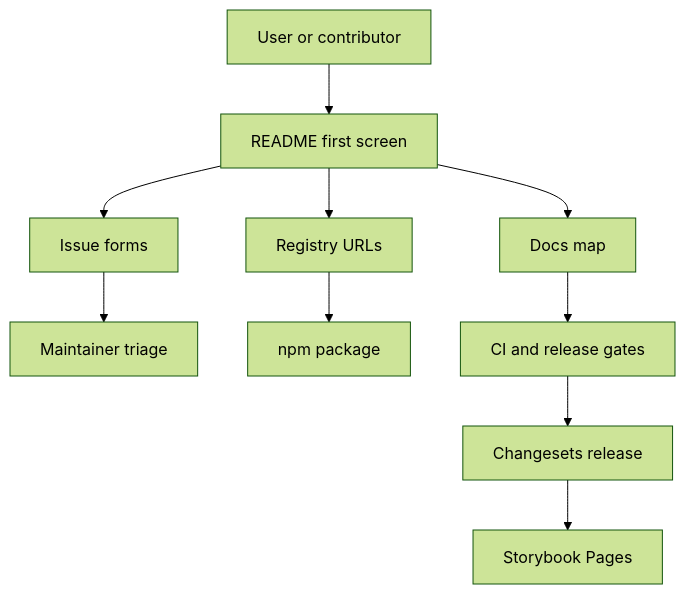
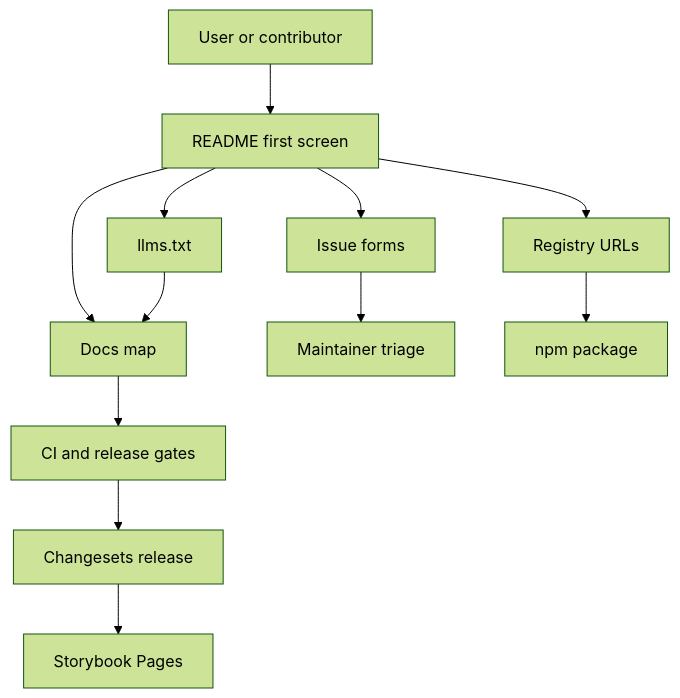
Before and after one commit to clean99/liquid-glass: the first of 2 diagrams in docs/open-source-governance.md, drawn with Mermaid (forest theme). The commit also changed other lines of this file and 11 other files, not shown here.

````diff
--- a/docs/open-source-governance.md
+++ b/docs/open-source-governance.md
@@ -20,12 +20,14 @@
 ```mermaid
 flowchart TD
   User["User or contributor"] --> Readme["README first screen"]
   Readme --> Docs["Docs map"]
+  Readme --> Agent["llms.txt"]
   Readme --> Issues["Issue forms"]
   Readme --> Registry["Registry URLs"]
   Issues --> Triage["Maintainer triage"]
   Registry --> Package["npm package"]
   Docs --> CI["CI and release gates"]
+  Agent --> Docs
   CI --> Release["Changesets release"]
   Release --> Pages["Storybook Pages"]
 ```
````
